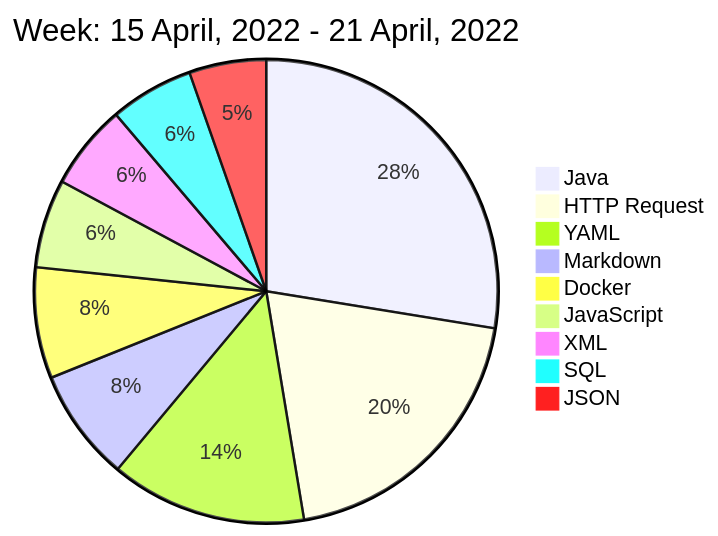
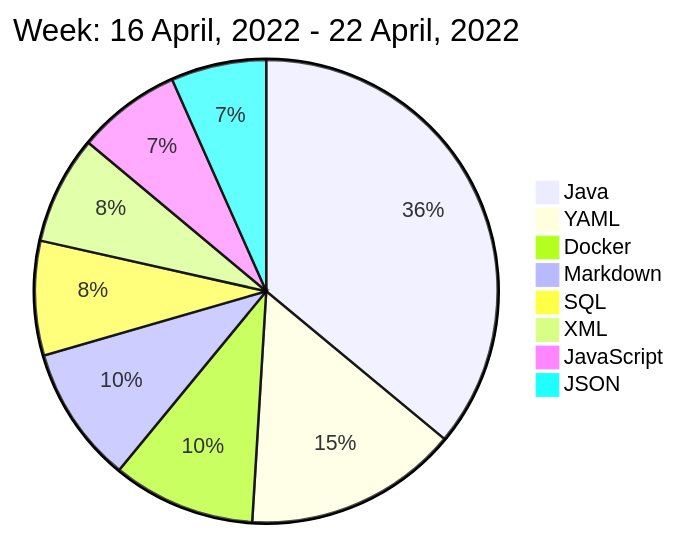
One commit to liubin95/liubin95 changed the diagram in README.md. Above: the diagram before and after it, drawn with Mermaid.

Commit message:
Updated the Graph with new Metrics

````diff
--- a/README.md
+++ b/README.md
@@ -40,13 +40,12 @@
 ```mermaid
  pie
-title Week: 15 April, 2022 - 21 April, 2022
- "Java" : 5.8
- "HTTP Request" : 4.17
- "YAML" : 2.88
- "Markdown" : 1.65
- "Docker" : 1.63
- "JavaScript" : 1.3
+title Week: 16 April, 2022 - 22 April, 2022
+ "Java" : 5.95
+ "YAML" : 2.47
+ "Docker" : 1.65
+ "Markdown" : 1.58
+ "SQL" : 1.32
  "XML" : 1.25
- "SQL" : 1.23
- "JSON" : 1.13
+ "JavaScript" : 1.2
+ "JSON" : 1.1
 ```
````
